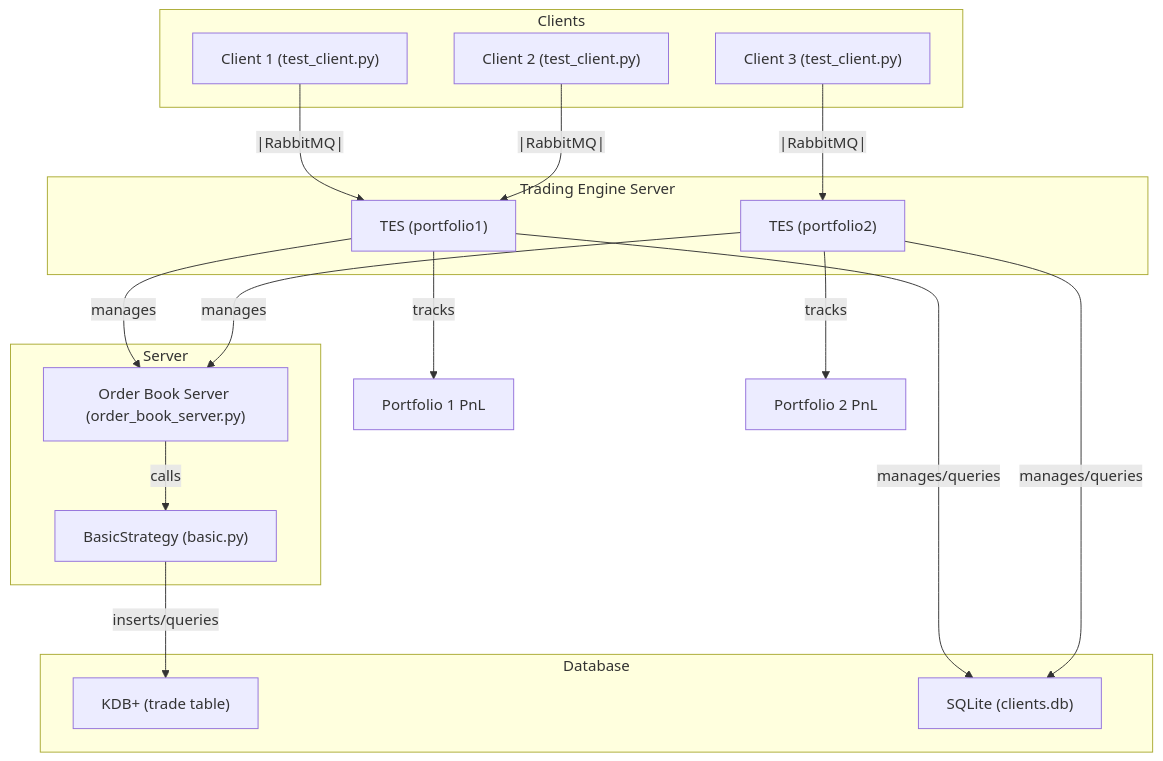
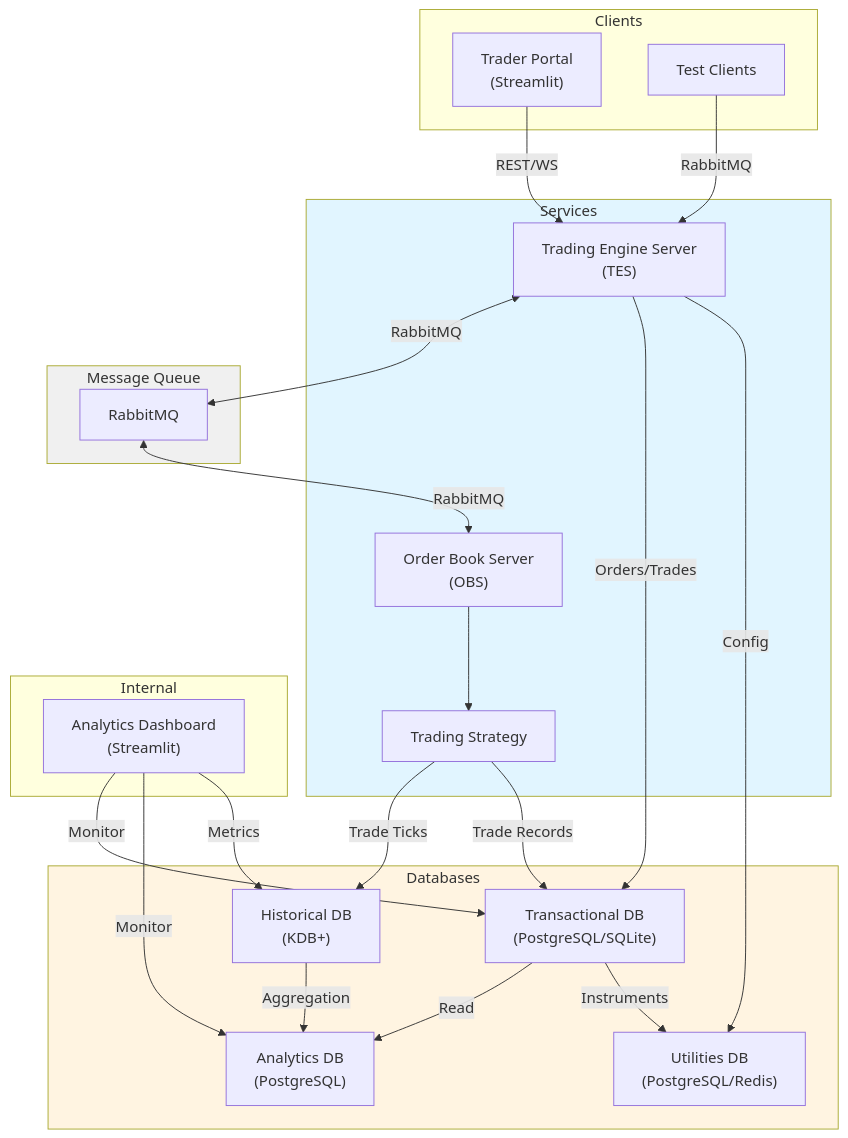
Before and after one commit to mgale694/py-trading-engine: the diagram in README.md, drawn with Mermaid. The commit also changed other lines of this file and 64 other files, not shown here.

````diff
--- a/README.md
+++ b/README.md
@@ -13,32 +46,52 @@
 ```mermaid
-flowchart TD
+flowchart TB
     subgraph Clients
-        C1["Client 1 (test_client.py)"]
-        C2["Client 2 (test_client.py)"]
-        C3["Client 3 (test_client.py)"]
-    end
-    subgraph TES[Trading Engine Server]
-        TES1["TES (portfolio1)"]
-        TES2["TES (portfolio2)"]
-    end
-    subgraph Server
-        OBS["Order Book Server (order_book_server.py)"]
-        STRAT["BasicStrategy (basic.py)"]
-    end
-    subgraph Database
-        KDB["KDB+ (trade table)"]
-        SQLITE["SQLite (clients.db)"]
+        TP["Trader Portal<br/>(Streamlit)"]
+        TC["Test Clients"]
     end
 
-    C1 --|RabbitMQ|--> TES1
-    C2 --|RabbitMQ|--> TES1
-    C3 --|RabbitMQ|--> TES2
-    TES1 -- manages --> OBS
-    TES2 -- manages --> OBS
-    OBS -- calls --> STRAT
-    STRAT -- inserts/queries --> KDB
-    TES1 -- manages/queries --> SQLITE
-    TES2 -- manages/queries --> SQLITE
-    TES1 -- tracks --> Portfolio1["Portfolio 1 PnL"]
-    TES2 -- tracks --> Portfolio2["Portfolio 2 PnL"]
+    subgraph Services
+        TES["Trading Engine Server<br/>(TES)"]
+        OBS["Order Book Server<br/>(OBS)"]
+        STRAT["Trading Strategy"]
+    end
+
+    subgraph MQ["Message Queue"]
+        RMQ["RabbitMQ"]
+    end
+
+    subgraph Databases
+        TDB["Transactional DB<br/>(PostgreSQL/SQLite)"]
+        KDB["Historical DB<br/>(KDB+)"]
+        ADB["Analytics DB<br/>(PostgreSQL)"]
+        UDB["Utilities DB<br/>(PostgreSQL/Redis)"]
+    end
+
+    subgraph Internal
+        AD["Analytics Dashboard<br/>(Streamlit)"]
+    end
+
+    TP -->|REST/WS| TES
+    TC -->|RabbitMQ| TES
+    TES <-->|RabbitMQ| RMQ
+    RMQ <-->|RabbitMQ| OBS
+    OBS --> STRAT
+
+    TES -->|Orders/Trades| TDB
+    STRAT -->|Trade Ticks| KDB
+    STRAT -->|Trade Records| TDB
+
+    KDB -->|Aggregation| ADB
+    TDB -->|Read| ADB
+
+    TDB -->|Instruments| UDB
+    TES -->|Config| UDB
+
+    AD -->|Monitor| TDB
+    AD -->|Monitor| ADB
+    AD -->|Metrics| KDB
+
+    style Services fill:#e1f5ff
+    style Databases fill:#fff4e1
+    style MQ fill:#f0f0f0
 ```
````
